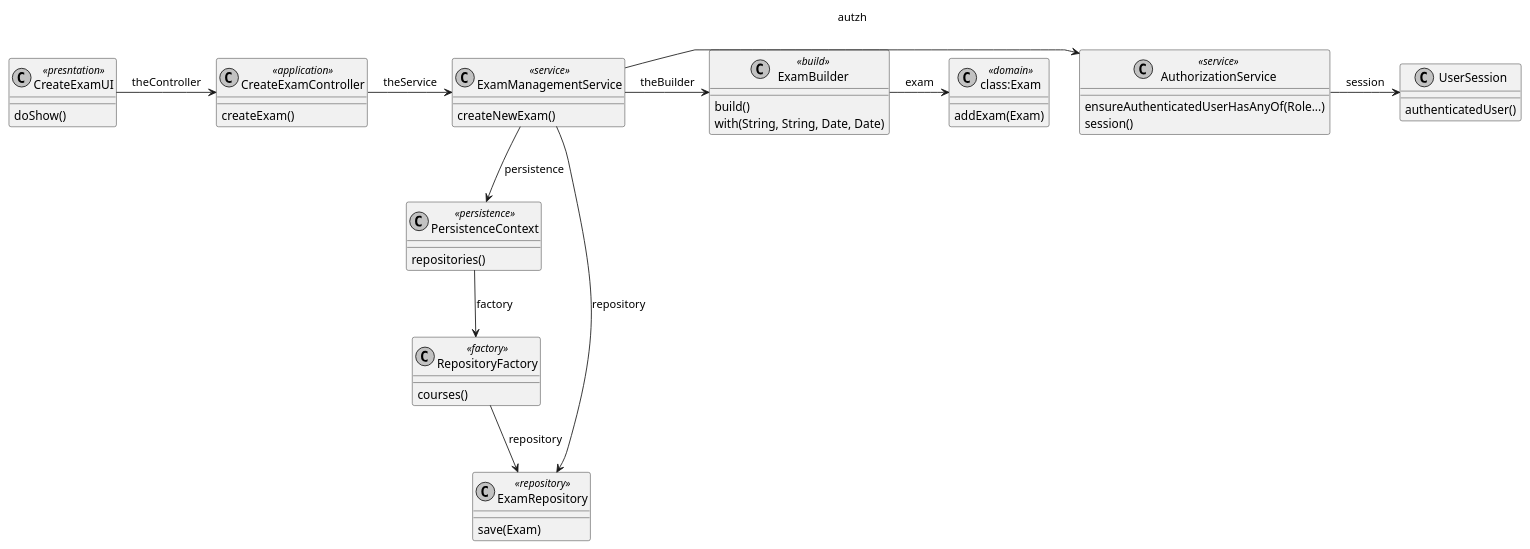
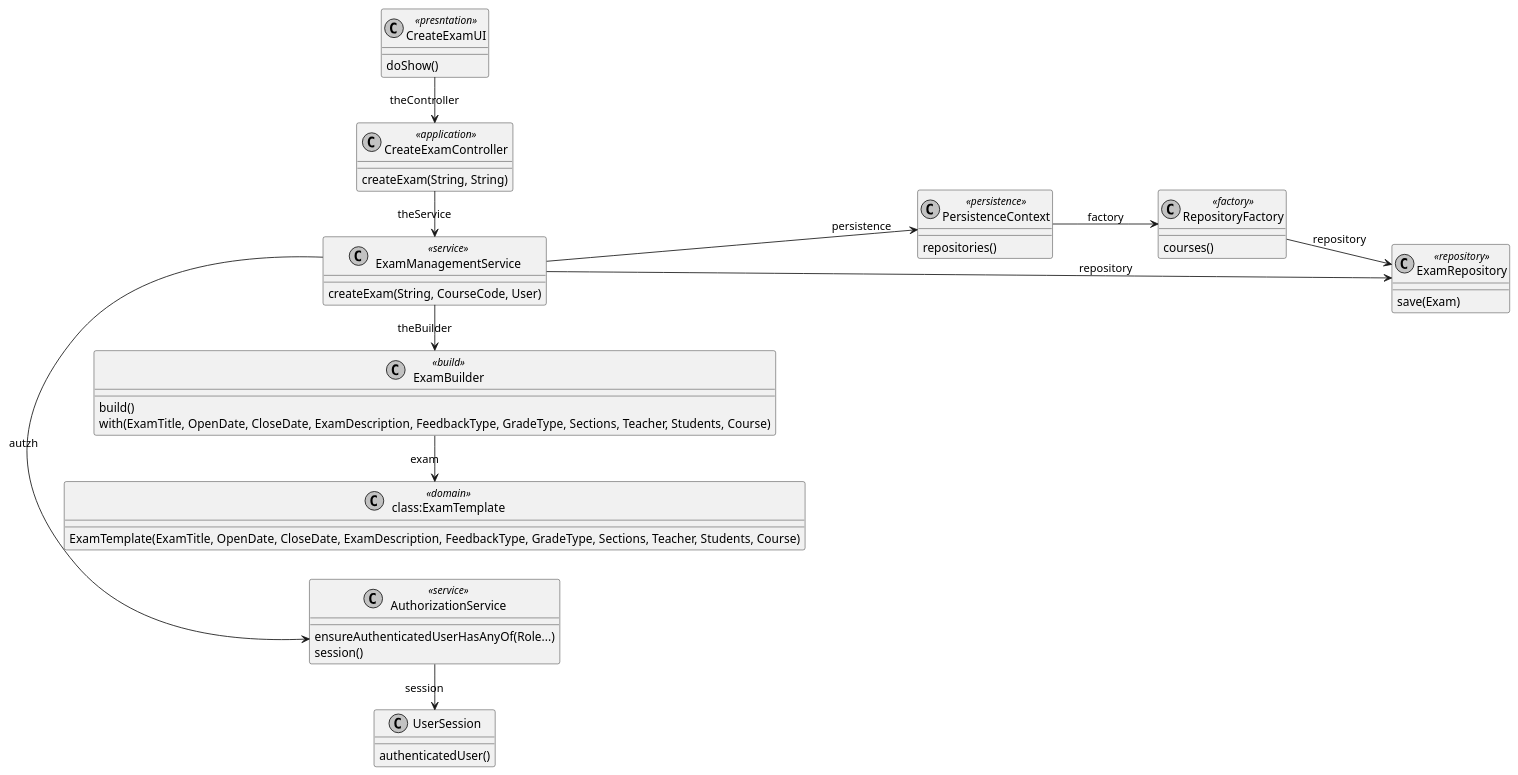
The diagram in docs/SPRINT B/US_2001/CD/CreateExam-CD.puml (brunacosta03/sem4pi_22_23), drawn with PlantUML before and after one commit. The commit also changed 7 other files, not shown here.

```diff
--- a/docs/SPRINT B/US_2001/CD/CreateExam-CD.puml
+++ b/docs/SPRINT B/US_2001/CD/CreateExam-CD.puml
@@ -1,63 +1,65 @@
 @startuml
 
 skinparam monochrome true
 skinparam packageStyle rect
 skinparam defaultFontName FG Virgil
 skinparam shadowing false
 
+left to right direction
+
 class CreateExamUI <<presntation>> {
     doShow()
 }
 
 class CreateExamController <<application>> {
-    createExam()
+    createExam(String, String)
 }
 
 class ExamManagementService <<service>> {
-    createNewExam()
+    createExam(String, CourseCode, User)
 }
 
 class AuthorizationService <<service>> {
     ensureAuthenticatedUserHasAnyOf(Role...)
     session()
 }
 
 class UserSession {
     authenticatedUser()
 }
 
 
-class "class:Exam" <<domain>> {
-    addExam(Exam)
+class "class:ExamTemplate" <<domain>> {
+    ExamTemplate(ExamTitle, OpenDate, CloseDate, ExamDescription, FeedbackType, GradeType, Sections, Teacher, Students, Course)
 }
 
 class ExamBuilder <<build>> {
     build()
-    with(String, String, Date, Date)
+    with(ExamTitle, OpenDate, CloseDate, ExamDescription, FeedbackType, GradeType, Sections, Teacher, Students, Course)
 }
 
 
 class PersistenceContext <<persistence>> {
     repositories()
 }
 
 class RepositoryFactory <<factory>> {
     courses()
 }
 
 class ExamRepository <<repository>> {
     save(Exam)
 }
 
 CreateExamUI -> CreateExamController : theController
 CreateExamController -> ExamManagementService : theService
 ExamManagementService -> AuthorizationService : autzh
 AuthorizationService -> UserSession : session
 ExamManagementService -> ExamBuilder : theBuilder
-ExamBuilder -> "class:Exam" : exam
+ExamBuilder -> "class:ExamTemplate" : exam
 ExamManagementService --> PersistenceContext : persistence
 PersistenceContext --> RepositoryFactory : factory
 RepositoryFactory --> ExamRepository : repository
 ExamManagementService --> ExamRepository : repository
 
 @enduml
```
